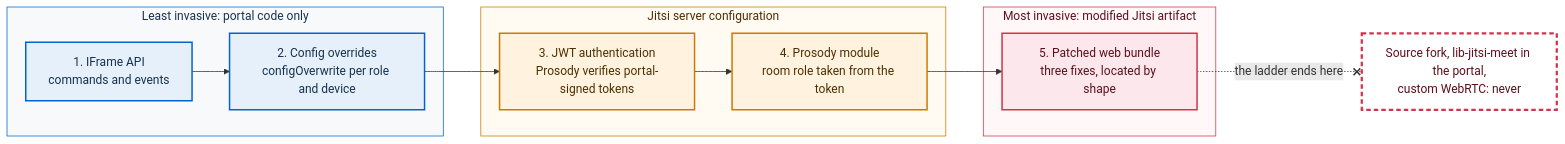
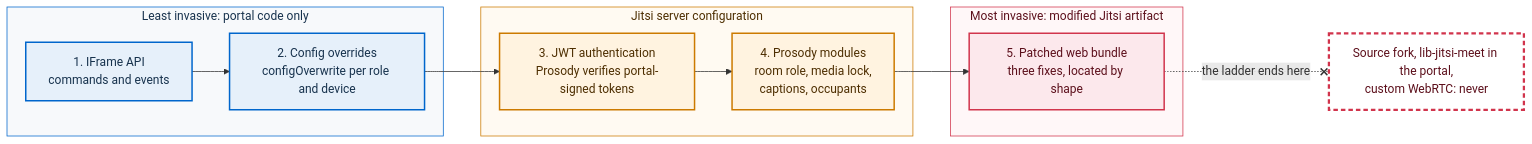
Before and after one commit to italia/pa-webinar: the first of 3 diagrams in docs/architecture/jitsi-integration.md, drawn with Mermaid. The commit also changed other lines of this file and 31 other files, not shown here.

````diff
--- a/docs/architecture/jitsi-integration.md
+++ b/docs/architecture/jitsi-integration.md
@@ -32,27 +32,27 @@
 ```mermaid
 flowchart LR
   classDef portal fill:#E6F0FA,stroke:#0066CC,stroke-width:2px,color:#17324D
   classDef job fill:#FFF3E0,stroke:#CC7A00,stroke-width:2px,color:#4D2E00
   classDef risk fill:#FCE8EC,stroke:#D1344C,stroke-width:2px,color:#5C0F1B
   classDef never fill:#FFFFFF,stroke:#D1344C,stroke-width:3px,stroke-dasharray:6 4,color:#5C0F1B
 
   subgraph LOW["Least invasive: portal code only"]
     L1["1. IFrame API<br/>commands and events"]:::portal
     L2["2. Config overrides<br/>configOverwrite per role and device"]:::portal
   end
   subgraph MID["Jitsi server configuration"]
     L3["3. JWT authentication<br/>Prosody verifies portal-signed tokens"]:::job
-    L4["4. Prosody module<br/>room role taken from the token"]:::job
+    L4["4. Prosody modules<br/>room role, media lock,<br/>captions, occupants"]:::job
   end
   subgraph HIGH["Most invasive: modified Jitsi artifact"]
     L5["5. Patched web bundle<br/>three fixes, located by shape"]:::risk
   end
   NO["Source fork, lib-jitsi-meet in the portal,<br/>custom WebRTC: never"]:::never
 
   L1 --> L2 --> L3 --> L4 --> L5
   L5 -.-x|"the ladder ends here"| NO
 
   style LOW fill:#F7F9FB,stroke:#0066CC,color:#17324D
   style MID fill:#FFFAF2,stroke:#CC7A00,color:#4D2E00
   style HIGH fill:#FFF7F8,stroke:#D1344C,color:#5C0F1B
 ```
````
